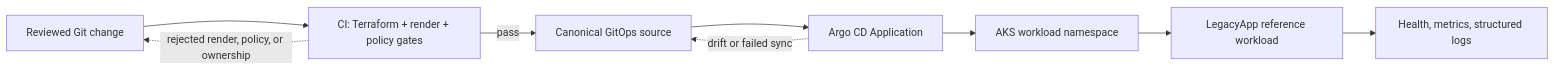
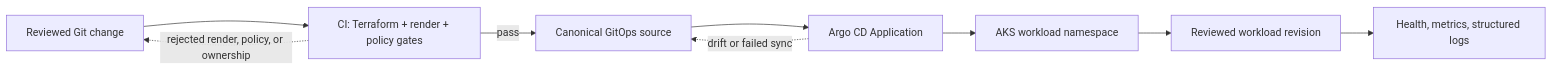
Before and after one commit to imtarget05/AKS-SRE-Platform: the first of 2 diagrams in docs/INTERVIEW_KIT.md, drawn with Mermaid. The commit also changed other lines of this file and 153 other files, not shown here.

````diff
--- a/docs/INTERVIEW_KIT.md
+++ b/docs/INTERVIEW_KIT.md
@@ -23,11 +24,11 @@
 ```mermaid
 flowchart LR
     Dev[Reviewed Git change] --> CI[CI: Terraform + render + policy gates]
     CI -->|pass| Source[Canonical GitOps source]
     Source --> Argo[Argo CD Application]
     Argo --> AKS[AKS workload namespace]
-    AKS --> App[LegacyApp reference workload]
+    AKS --> App[Reviewed workload revision]
     App --> Obs[Health, metrics, structured logs]
     CI -. rejected render, policy, or ownership .-> Dev
     Argo -. drift or failed sync .-> Source
 ```
````
